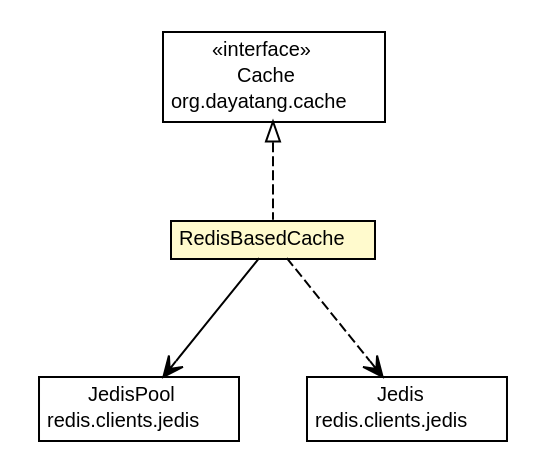
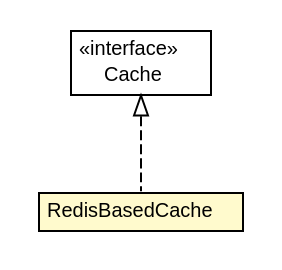
The diagram in dddlib-cache/dddlib-cache-redis/apidocs/org/dayatang/cache/redis/RedisBasedCache.dot (dayatang/dddlib), drawn with Graphviz before and after one commit. The commit also changed 90 other files, not shown here.

```diff
--- a/dddlib-cache/dddlib-cache-redis/apidocs/org/dayatang/cache/redis/RedisBasedCache.dot
+++ b/dddlib-cache/dddlib-cache-redis/apidocs/org/dayatang/cache/redis/RedisBasedCache.dot
@@ -1,46 +1,27 @@
 #!/usr/local/bin/dot
 #
 # Class diagram 
 # Generated by UMLGraph version R5_6_6-8-g8d7759 (http://www.umlgraph.org/)
 #
 
 digraph G {
 	edge [fontname="Helvetica",fontsize=10,labelfontname="Helvetica",labelfontsize=10];
 	node [fontname="Helvetica",fontsize=10,shape=plaintext];
 	nodesep=0.25;
 	ranksep=0.5;
 	// org.dayatang.cache.redis.RedisBasedCache
-	c19 [label=<<table title="org.dayatang.cache.redis.RedisBasedCache" border="0" cellborder="1" cellspacing="0" cellpadding="2" port="p" bgcolor="lemonChiffon" href="./RedisBasedCache.html">
+	c10 [label=<<table title="org.dayatang.cache.redis.RedisBasedCache" border="0" cellborder="1" cellspacing="0" cellpadding="2" port="p" bgcolor="lemonChiffon" href="./RedisBasedCache.html">
 		<tr><td><table border="0" cellspacing="0" cellpadding="1">
 <tr><td align="center" balign="center"> RedisBasedCache </td></tr>
 		</table></td></tr>
 		</table>>, URL="./RedisBasedCache.html", fontname="Helvetica", fontcolor="black", fontsize=10.0];
 	//org.dayatang.cache.redis.RedisBasedCache implements org.dayatang.cache.Cache
-	c20:p -> c19:p [dir=back,arrowtail=empty,style=dashed];
-	// org.dayatang.cache.redis.RedisBasedCache NAVASSOC redis.clients.jedis.JedisPool
-	c19:p -> c22:p [taillabel="", label=" "headlabel="", fontname="Helvetica", fontcolor="black", fontsize=10.0, color="black", arrowhead=open];
-	// org.dayatang.cache.redis.RedisBasedCache DEPEND redis.clients.jedis.Jedis
-	c19:p -> c35:p [taillabel="", label=" "headlabel="", fontname="Helvetica", fontcolor="black", fontsize=10.0, color="black", arrowhead=open, style=dashed];
+	c11:p -> c10:p [dir=back,arrowtail=empty,style=dashed];
 	// org.dayatang.cache.Cache
-	c20 [label=<<table title="org.dayatang.cache.Cache" border="0" cellborder="1" cellspacing="0" cellpadding="2" port="p" href="http://java.sun.com/j2se/1.4.2/docs/api/org/dayatang/cache/Cache.html">
+	c11 [label=<<table title="org.dayatang.cache.Cache" border="0" cellborder="1" cellspacing="0" cellpadding="2" port="p">
 		<tr><td><table border="0" cellspacing="0" cellpadding="1">
 <tr><td align="center" balign="center"> &#171;interface&#187; </td></tr>
 <tr><td align="center" balign="center"> Cache </td></tr>
-<tr><td align="center" balign="center"> org.dayatang.cache </td></tr>
 		</table></td></tr>
-		</table>>, URL="http://java.sun.com/j2se/1.4.2/docs/api/org/dayatang/cache/Cache.html", fontname="Helvetica", fontcolor="black", fontsize=10.0];
-	// redis.clients.jedis.JedisPool
-	c22 [label=<<table title="redis.clients.jedis.JedisPool" border="0" cellborder="1" cellspacing="0" cellpadding="2" port="p" href="http://java.sun.com/j2se/1.4.2/docs/api/redis/clients/jedis/JedisPool.html">
-		<tr><td><table border="0" cellspacing="0" cellpadding="1">
-<tr><td align="center" balign="center"> JedisPool </td></tr>
-<tr><td align="center" balign="center"> redis.clients.jedis </td></tr>
-		</table></td></tr>
-		</table>>, URL="http://java.sun.com/j2se/1.4.2/docs/api/redis/clients/jedis/JedisPool.html", fontname="Helvetica", fontcolor="black", fontsize=10.0];
-	// redis.clients.jedis.Jedis
-	c35 [label=<<table title="redis.clients.jedis.Jedis" border="0" cellborder="1" cellspacing="0" cellpadding="2" port="p" href="http://java.sun.com/j2se/1.4.2/docs/api/redis/clients/jedis/Jedis.html">
-		<tr><td><table border="0" cellspacing="0" cellpadding="1">
-<tr><td align="center" balign="center"> Jedis </td></tr>
-<tr><td align="center" balign="center"> redis.clients.jedis </td></tr>
-		</table></td></tr>
-		</table>>, URL="http://java.sun.com/j2se/1.4.2/docs/api/redis/clients/jedis/Jedis.html", fontname="Helvetica", fontcolor="black", fontsize=10.0];
+		</table>>, URL="null", fontname="Helvetica", fontcolor="black", fontsize=10.0];
 }
```
